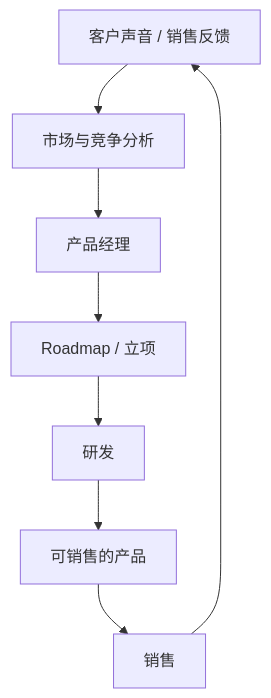
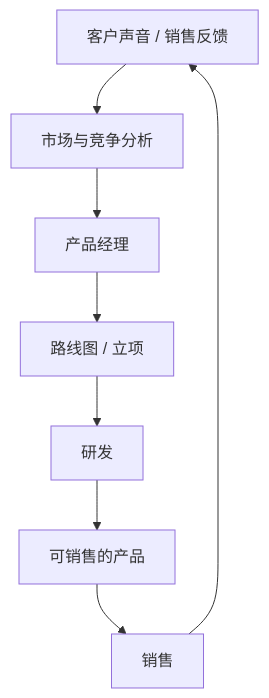
The third of 29 diagrams in 产品管理/战略和产品管理.md (analyst2004lx/paper01), drawn with Mermaid before and after one commit. The commit also changed other lines of this file and 2 other files, not shown here.

````diff
--- a/产品管理/战略和产品管理.md
+++ b/产品管理/战略和产品管理.md
@@ -236,10 +241,10 @@
 ```mermaid
 flowchart TD
     VOC["客户声音 / 销售反馈"] --> MA["市场与竞争分析"]
     MA --> PM["产品经理"]
-    PM --> RM["Roadmap / 立项"]
+    PM --> RM["路线图 / 立项"]
     RM --> RD["研发"]
     RD --> P["可销售的产品"]
     P --> SA["销售"]
     SA --> VOC
 ```
````
